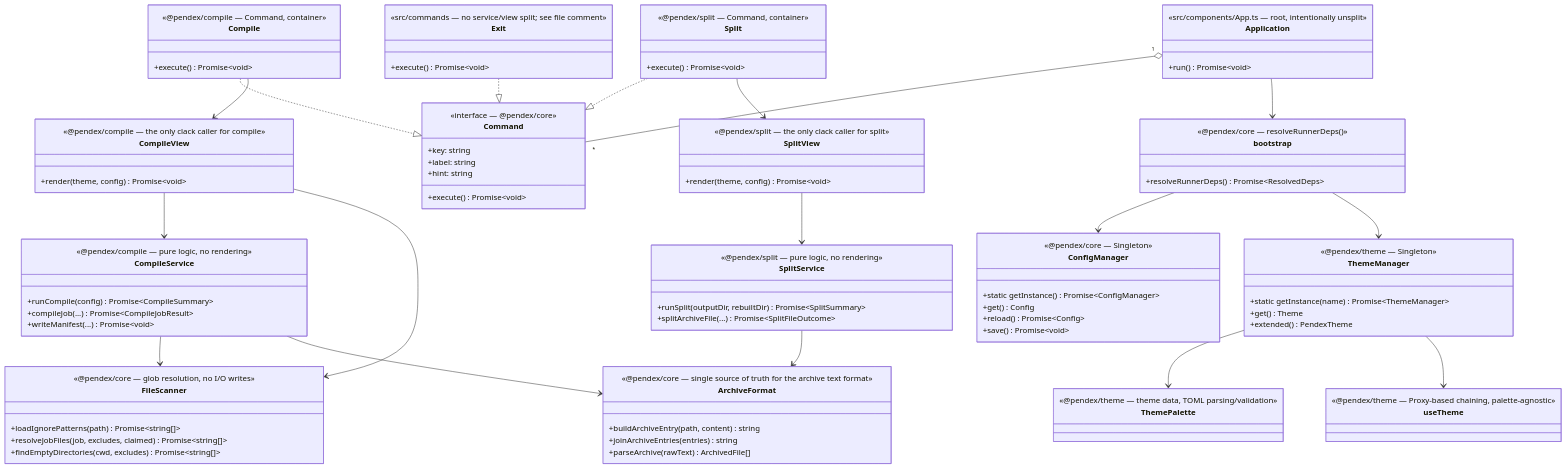
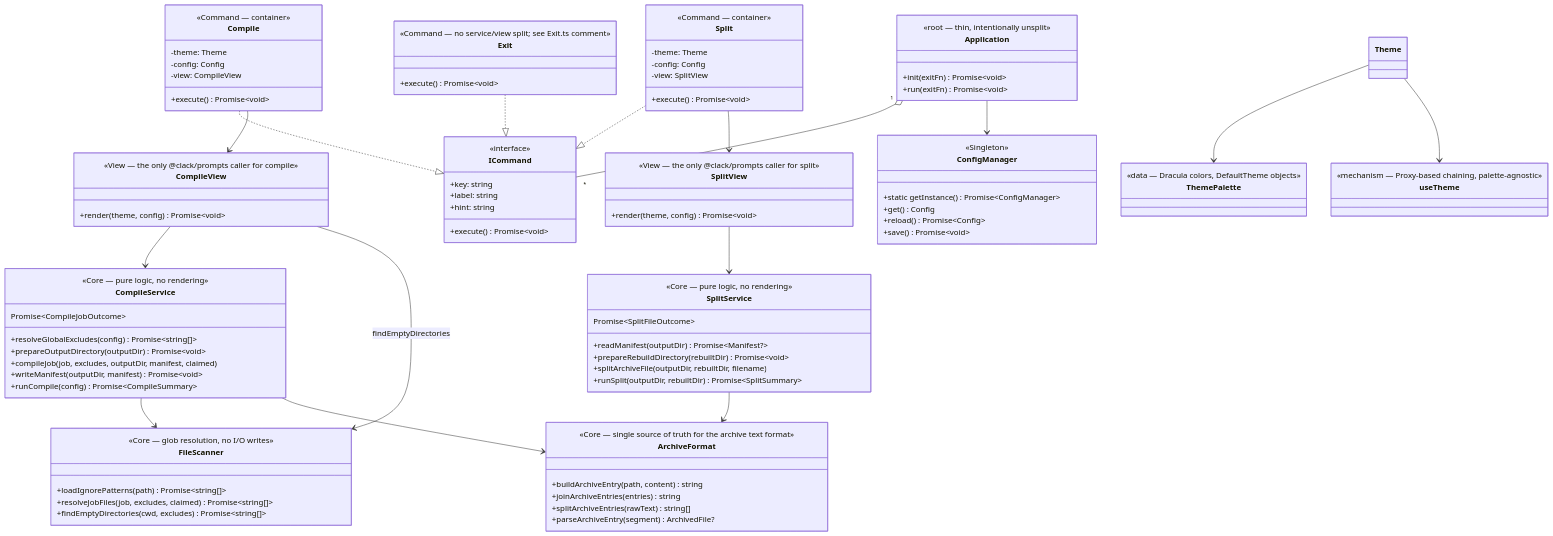
The diagram in README.md (Phyxashun/pendex), drawn with Mermaid before and after one commit. The commit also changed other lines of this file and 67 other files, not shown here.

````diff
--- a/README.md
+++ b/README.md
@@ -179,8 +95,8 @@
 classDiagram
     direction TB
 
-    class Command {
-        <<interface — @pendex/core>>
+    class ICommand {
+        <<interface>>
         +key: string
         +label: string
         +hint: string
@@ -188,102 +104,103 @@
     }
 
     class Compile {
-        <<@pendex/compile — Command, container>>
+        <<Command — container>>
+        -theme: Theme
+        -config: Config
+        -view: CompileView
         +execute() Promise~void~
     }
-    Compile ..|> Command
+    Compile ..|> ICommand
     Compile --> CompileView
 
     class Split {
-        <<@pendex/split — Command, container>>
+        <<Command — container>>
+        -theme: Theme
+        -config: Config
+        -view: SplitView
         +execute() Promise~void~
     }
-    Split ..|> Command
+    Split ..|> ICommand
     Split --> SplitView
 
     class Exit {
-        <<src/commands — no service/view split; see file comment>>
+        <<Command — no service/view split; see Exit.ts comment>>
         +execute() Promise~void~
     }
-    Exit ..|> Command
+    Exit ..|> ICommand
 
     class CompileView {
-        <<@pendex/compile — the only clack caller for compile>>
+        <<View — the only @clack/prompts caller for compile>>
         +render(theme, config) Promise~void~
     }
     CompileView --> CompileService
-    CompileView --> FileScanner
+    CompileView --> FileScanner : findEmptyDirectories
 
     class SplitView {
-        <<@pendex/split — the only clack caller for split>>
+        <<View — the only @clack/prompts caller for split>>
         +render(theme, config) Promise~void~
     }
     SplitView --> SplitService
 
     class CompileService {
-        <<@pendex/compile — pure logic, no rendering>>
+        <<Core — pure logic, no rendering>>
+        +resolveGlobalExcludes(config) Promise~string[]~
+        +prepareOutputDirectory(outputDir) Promise~void~
+        +compileJob(job, excludes, outputDir, manifest, claimed)
+Promise~CompileJobOutcome~
+        +writeManifest(outputDir, manifest) Promise~void~
         +runCompile(config) Promise~CompileSummary~
-        +compileJob(...) Promise~CompileJobResult~
-        +writeManifest(...) Promise~void~
     }
     CompileService --> FileScanner
     CompileService --> ArchiveFormat
 
     class SplitService {
-        <<@pendex/split — pure logic, no rendering>>
+        <<Core — pure logic, no rendering>>
+        +readManifest(outputDir) Promise~Manifest?~
+        +prepareRebuildDirectory(rebuiltDir) Promise~void~
+        +splitArchiveFile(outputDir, rebuiltDir, filename)
+Promise~SplitFileOutcome~
         +runSplit(outputDir, rebuiltDir) Promise~SplitSummary~
-        +splitArchiveFile(...) Promise~SplitFileOutcome~
     }
     SplitService --> ArchiveFormat
 
     class FileScanner {
-        <<@pendex/core — glob resolution, no I/O writes>>
+        <<Core — glob resolution, no I/O writes>>
         +loadIgnorePatterns(path) Promise~string[]~
         +resolveJobFiles(job, excludes, claimed) Promise~string[]~
         +findEmptyDirectories(cwd, excludes) Promise~string[]~
     }
 
     class ArchiveFormat {
-        <<@pendex/core — single source of truth for the archive text format>>
+        <<Core — single source of truth for the archive text format>>
         +buildArchiveEntry(path, content) string
         +joinArchiveEntries(entries) string
-        +parseArchive(rawText) ArchivedFile[]
+        +splitArchiveEntries(rawText) string[]
+        +parseArchiveEntry(segment) ArchivedFile?
     }
 
     class ConfigManager {
-        <<@pendex/core — Singleton>>
+        <<Singleton>>
         +static getInstance() Promise~ConfigManager~
         +get() Config
         +reload() Promise~Config~
         +save() Promise~void~
     }
 
-    class bootstrap {
-        <<@pendex/core — resolveRunnerDeps()>>
-        +resolveRunnerDeps() Promise~ResolvedDeps~
+    class Application {
+        <<root — thin, intentionally unsplit>>
+        +init(exitFn) Promise~void~
+        +run(exitFn) Promise~void~
     }
-    bootstrap --> ConfigManager
-    bootstrap --> ThemeManager
+    Application "1" o-- "*" ICommand
+    Application --> ConfigManager
 
-    class Application {
-        <<src/components/App.ts — root, intentionally unsplit>>
-        +run() Promise~void~
-    }
-    Application "1" o-- "*" Command
-    Application --> bootstrap
-
-    class ThemeManager {
-        <<@pendex/theme — Singleton>>
-        +static getInstance(name) Promise~ThemeManager~
-        +get() Theme
-        +extended() PendexTheme
-    }
     class ThemePalette {
-        <<@pendex/theme — theme data, TOML parsing/validation>>
+        <<data — Dracula colors, DefaultTheme objects>>
     }
     class useTheme {
-        <<@pendex/theme — Proxy-based chaining, palette-agnostic>>
+        <<mechanism — Proxy-based chaining, palette-agnostic>>
     }
-    ThemeManager --> ThemePalette
-    ThemeManager --> useTheme
+    Theme --> ThemePalette
+    Theme --> useTheme
 ```
````
